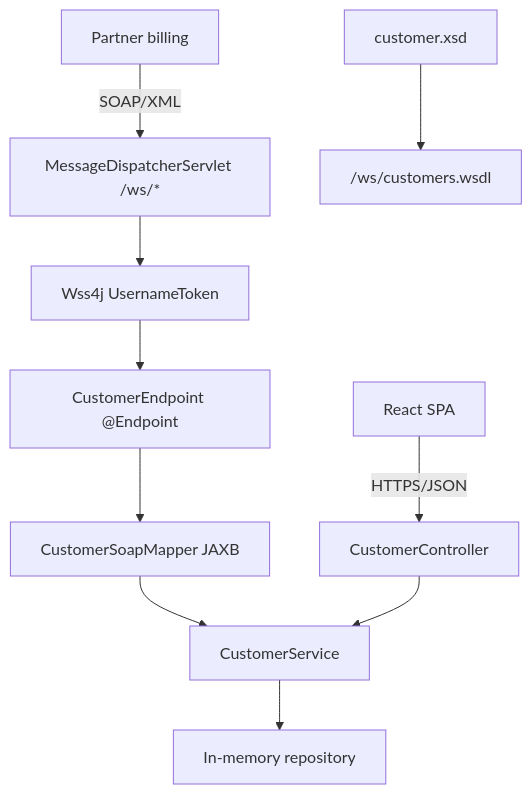
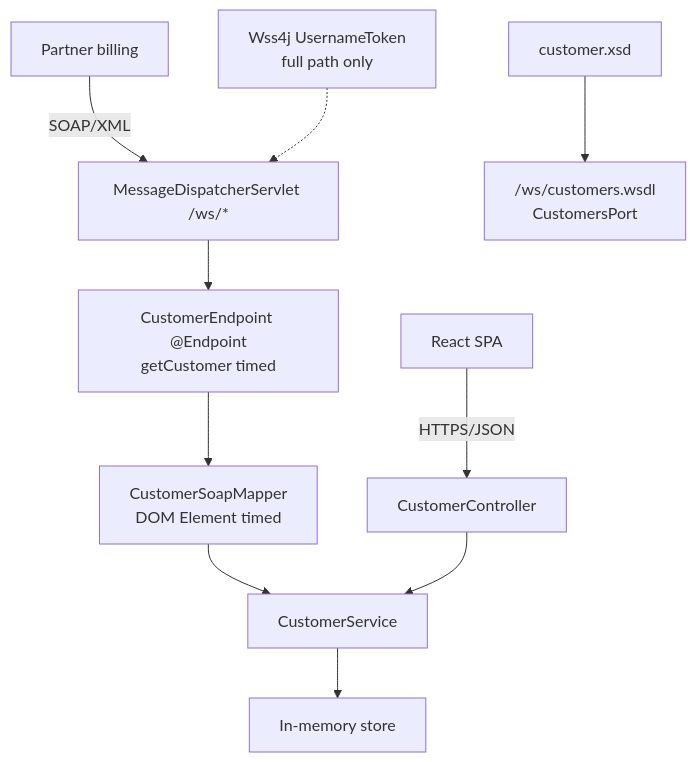
One commit to Innovation-In-Software/bc-sw-engineer-java-participant changed the diagram in labs/Week 3 - Spring Framework and Enterprise Patterns/module-24/lab24/LAB-24-GUIDE.md. Above: the diagram before and after it, drawn with Mermaid. The commit also changed other lines of this file and 581 other files, not shown here.

````diff
--- a/labs/Week 3 - Spring Framework and Enterprise Patterns/module-24/lab24/LAB-24-GUIDE.md
+++ b/labs/Week 3 - Spring Framework and Enterprise Patterns/module-24/lab24/LAB-24-GUIDE.md
@@ -109,12 +112,12 @@
 ```mermaid
 flowchart TB
   Partner["Partner billing"] -->|SOAP/XML| MDS["MessageDispatcherServlet /ws/*"]
-  MDS --> WSS["Wss4j UsernameToken"]
-  WSS --> EP["CustomerEndpoint @Endpoint"]
-  EP --> Map["CustomerSoapMapper JAXB"]
+  MDS --> EP["CustomerEndpoint @Endpoint<br/>getCustomer timed"]
+  EP --> Map["CustomerSoapMapper<br/>DOM Element timed"]
   Map --> Svc["CustomerService"]
-  Svc --> Repo["In-memory repository"]
+  Svc --> Repo["In-memory store"]
   UI["React SPA"] -->|HTTPS/JSON| REST["CustomerController"]
   REST --> Svc
-  XSD["customer.xsd"] --> WSDL["/ws/customers.wsdl"]
+  XSD["customer.xsd"] --> WSDL["/ws/customers.wsdl<br/>CustomersPort"]
+  WSS["Wss4j UsernameToken<br/>full path only"] -.-> MDS
 ```
````
